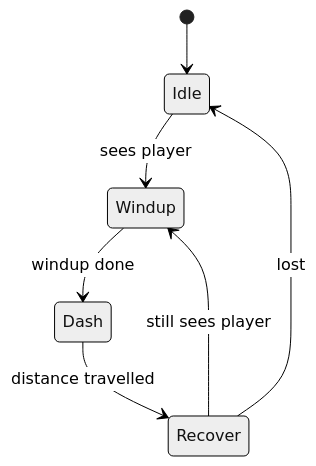
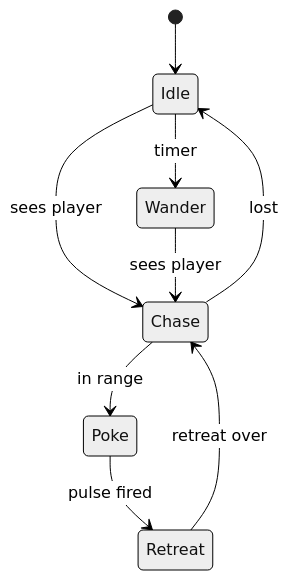
Before and after one commit to lownpho/mages: diagram 17 of 51 in design/docs/enemies.md, drawn with Mermaid (neutral theme). The commit also changed other lines of this file and 21 other files, not shown here.

````diff
--- a/design/docs/enemies.md
+++ b/design/docs/enemies.md
@@ -581,9 +506,11 @@
 ```mermaid
 stateDiagram-v2
     [*] --> Idle
-    Idle --> Windup : sees player
-    Windup --> Dash : windup done
-    Dash --> Recover : distance travelled
-    Recover --> Windup : still sees player
-    Recover --> Idle : lost
+    Idle --> Wander : timer
+    Idle --> Chase : sees player
+    Wander --> Chase : sees player
+    Chase --> Poke : in range
+    Poke --> Retreat : pulse fired
+    Retreat --> Chase : retreat over
+    Chase --> Idle : lost
 ```
````
